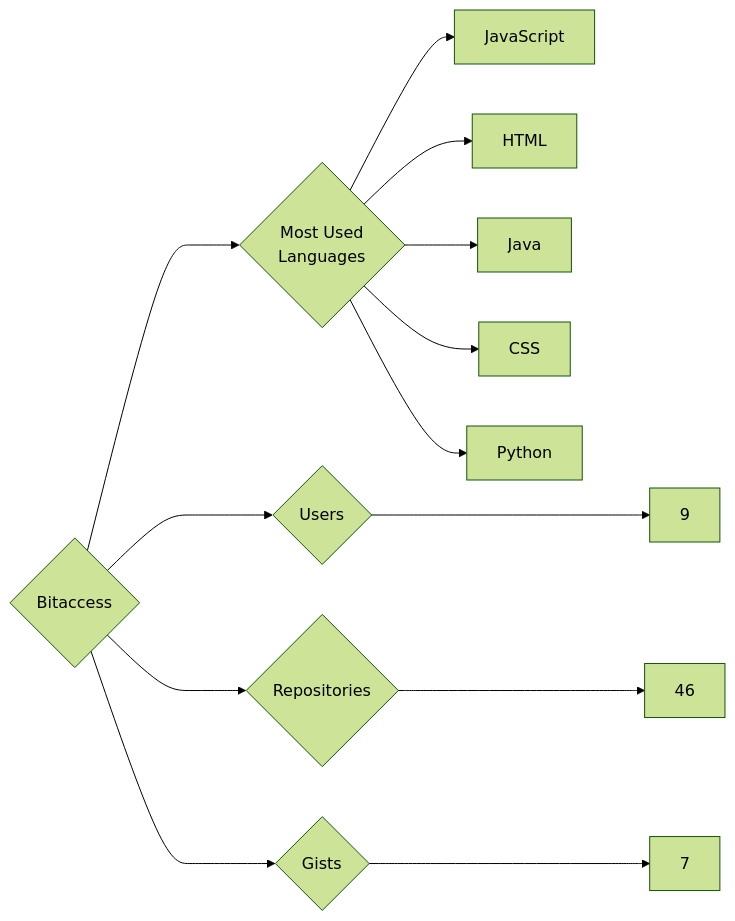
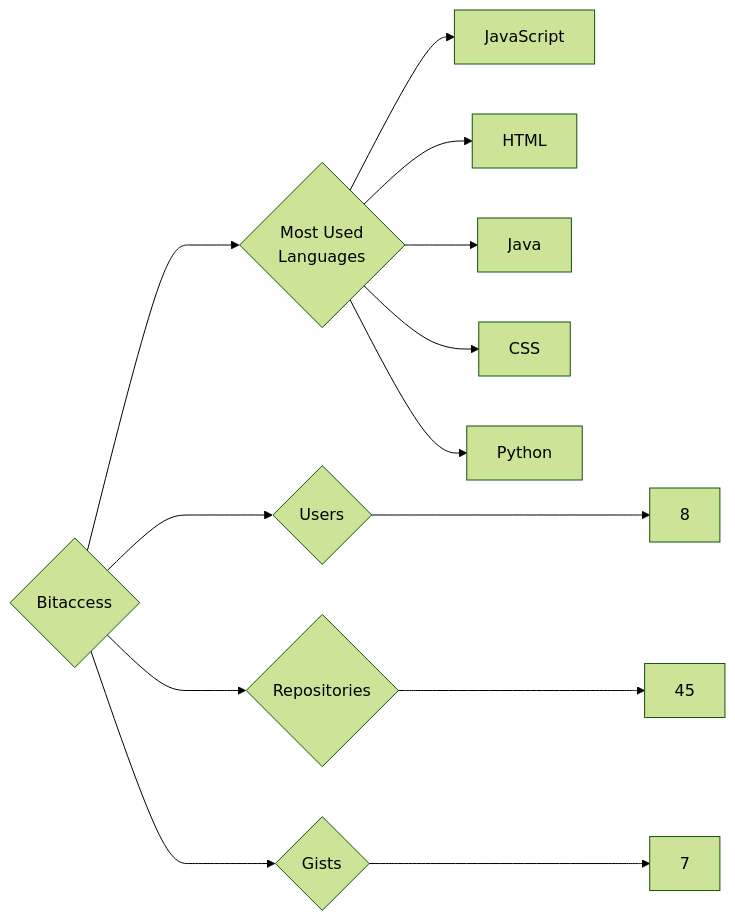
The diagram in targets/Bitaccess/README.md (trickest/insiders), drawn with Mermaid (forest theme) before and after one commit. The commit also changed 715 other files, not shown here.

````diff
--- a/targets/Bitaccess/README.md
+++ b/targets/Bitaccess/README.md
@@ -3,13 +3,13 @@
 ```mermaid
 graph LR
 COMPANY_NAME{Bitaccess}
-COMPANY_NAME ---> U{Users} ---> UN[9]
-COMPANY_NAME ---> R{Repositories} ---> RN[46]
+COMPANY_NAME ---> U{Users} ---> UN[8]
+COMPANY_NAME ---> R{Repositories} ---> RN[45]
 COMPANY_NAME ---> G{Gists} ---> GN[7]
 COMPANY_NAME ---> ML{Most Used<br>Languages}
 ML --> JavaScript[JavaScript]
 ML --> HTML[HTML]
 ML --> Java[Java]
 ML --> CSS[CSS]
 ML --> Python[Python]
 ```
````
